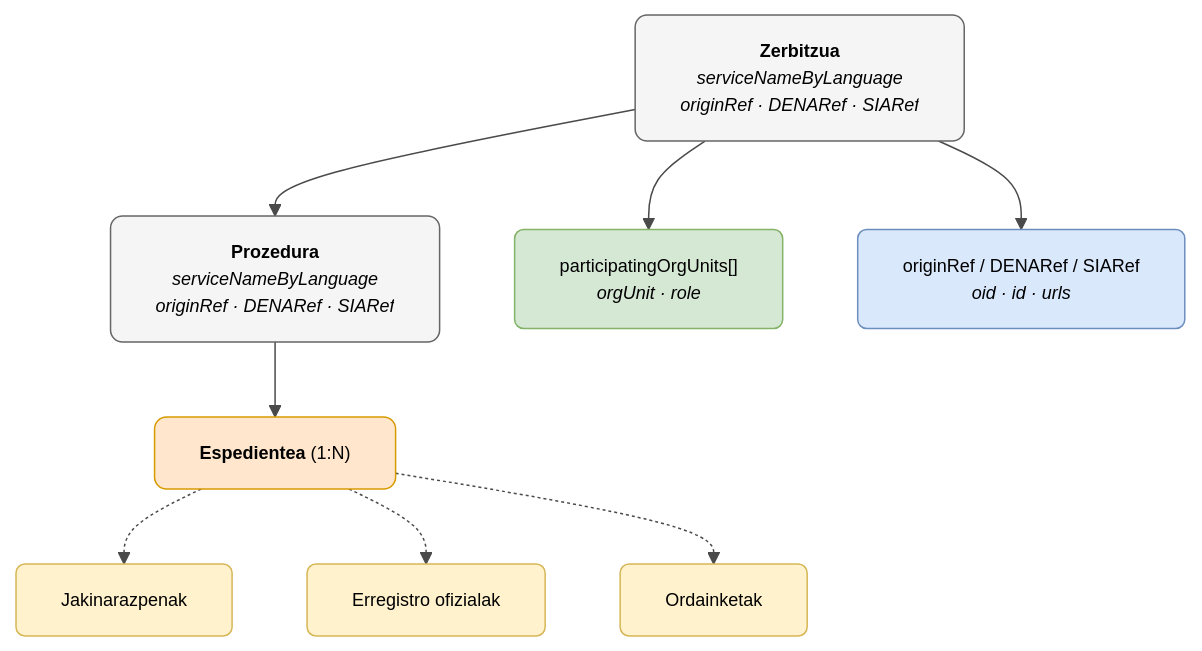
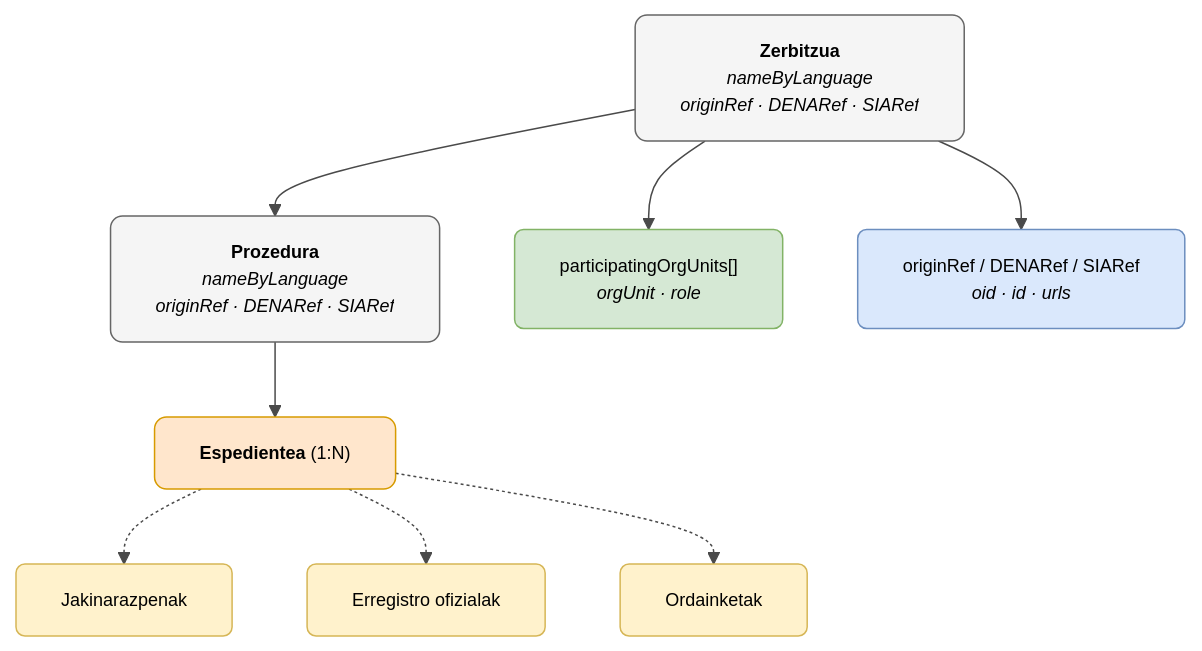
The diagram in docs/semantica/data-retrieve/data/servicio-administrativo.eu.md (DENA-Euskadi/dena-euskadi.github.io), drawn with Mermaid before and after one commit. The commit also changed other lines of this file and 43 other files, not shown here.

````diff
--- a/docs/semantica/data-retrieve/data/servicio-administrativo.eu.md
+++ b/docs/semantica/data-retrieve/data/servicio-administrativo.eu.md
@@ -14,41 +14,41 @@
 ```mermaid
 ---
 config:
   theme: base
   themeVariables:
     primaryColor: "#FFFFFF"
     primaryTextColor: "#000000"
     primaryBorderColor: "#CCCCCC"
     lineColor: "#4A4A4A"
     fontSize: "12px"
 ---
 flowchart TD
-    SRV["<b>Zerbitzua</b><br/><i>serviceNameByLanguage<br/>originRef · DENARef · SIARef</i>"]
-    PROC["<b>Prozedura</b><br/><i>serviceNameByLanguage<br/>originRef · DENARef · SIARef</i>"]
+    SRV["<b>Zerbitzua</b><br/><i>nameByLanguage<br/>originRef · DENARef · SIARef</i>"]
+    PROC["<b>Prozedura</b><br/><i>nameByLanguage<br/>originRef · DENARef · SIARef</i>"]
     EXP["<b>Espedientea</b> (1:N)"]
 
     SRV --> PROC
     PROC --> EXP
 
     EXP -.-> NOT["Jakinarazpenak"]
     EXP -.-> REG["Erregistro ofizialak"]
     EXP -.-> PAY["Ordainketak"]
 
     SRV --> ORG["participatingOrgUnits[]<br/><i>orgUnit · role</i>"]
     SRV --> REFS["originRef / DENARef / SIARef<br/><i>oid · id · urls</i>"]
 
     style SRV fill:#f5f5f5,stroke:#666666,color:#000000,rx:8,ry:8
     style PROC fill:#f5f5f5,stroke:#666666,color:#000000,rx:8,ry:8
     style EXP fill:#ffe6cc,stroke:#d79b00,color:#000000,rx:8,ry:8
     style NOT fill:#fff2cc,stroke:#d6b656,color:#000000,rx:6,ry:6
     style REG fill:#fff2cc,stroke:#d6b656,color:#000000,rx:6,ry:6
     style PAY fill:#fff2cc,stroke:#d6b656,color:#000000,rx:6,ry:6
     style ORG fill:#d5e8d4,stroke:#82b366,color:#000000,rx:6,ry:6
     style REFS fill:#dae8fc,stroke:#6c8ebf,color:#000000,rx:6,ry:6
 
     click EXP "../expediente/" "Ikusi Espedientea"
     click NOT "../notificacion/" "Ikusi Jakinarazpena"
     click REG "../registro-oficial/" "Ikusi Erregistro Ofiziala"
     click PAY "../pago/" "Ikusi Ordainketa"
     click ORG "../unidad-organica/" "Ikusi Unitate Organikoa"
 ```
````
